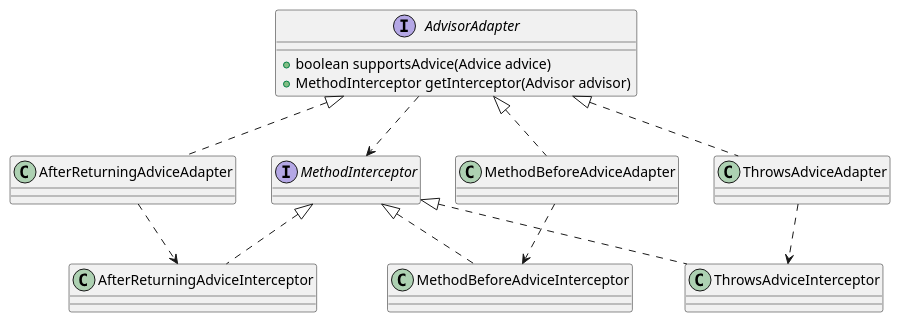
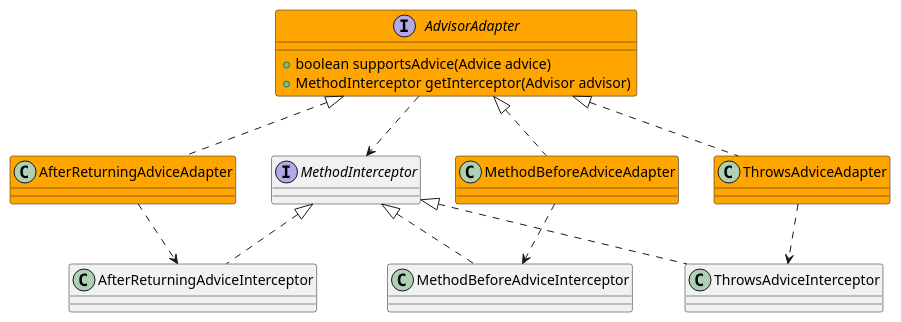
One commit to onlyonion/development changed the diagram in 20-framework/src/spring/spring-aop/framework/adapter/AdvisorAdapter.md. Above: the diagram before and after it, drawn with PlantUML. The commit also changed 36 other files, not shown here.

````diff
--- a/20-framework/src/spring/spring-aop/framework/adapter/AdvisorAdapter.md
+++ b/20-framework/src/spring/spring-aop/framework/adapter/AdvisorAdapter.md
@@ -18,35 +18,35 @@
 ```plantuml
 @startuml
 
 ''''''''''''''''''''''''AdvisorAdapter''''''''''''''''''''''''
-interface AdvisorAdapter {
+interface AdvisorAdapter #orange {
     + boolean supportsAdvice(Advice advice)
 	+ MethodInterceptor getInterceptor(Advisor advisor)
 }
 
 AdvisorAdapter ^.. AfterReturningAdviceAdapter
 AdvisorAdapter ^.. MethodBeforeAdviceAdapter
 AdvisorAdapter ^.. ThrowsAdviceAdapter
 
 interface MethodInterceptor
 AdvisorAdapter ..> MethodInterceptor
 MethodInterceptor ^.. AfterReturningAdviceInterceptor
 MethodInterceptor ^.. MethodBeforeAdviceInterceptor
 MethodInterceptor ^.. ThrowsAdviceInterceptor
 
 ''''''''''''''''''''''''实现类''''''''''''''''''''''''
-class AfterReturningAdviceAdapter
+class AfterReturningAdviceAdapter #orange
 class AfterReturningAdviceInterceptor
 AfterReturningAdviceAdapter ..> AfterReturningAdviceInterceptor
 
-class MethodBeforeAdviceAdapter
+class MethodBeforeAdviceAdapter #orange
 class MethodBeforeAdviceInterceptor
 MethodBeforeAdviceAdapter ..> MethodBeforeAdviceInterceptor
 
-class ThrowsAdviceAdapter 
+class ThrowsAdviceAdapter #orange
 class ThrowsAdviceInterceptor
 ThrowsAdviceAdapter ..> ThrowsAdviceInterceptor
 
 
 @enduml
 ```
````
